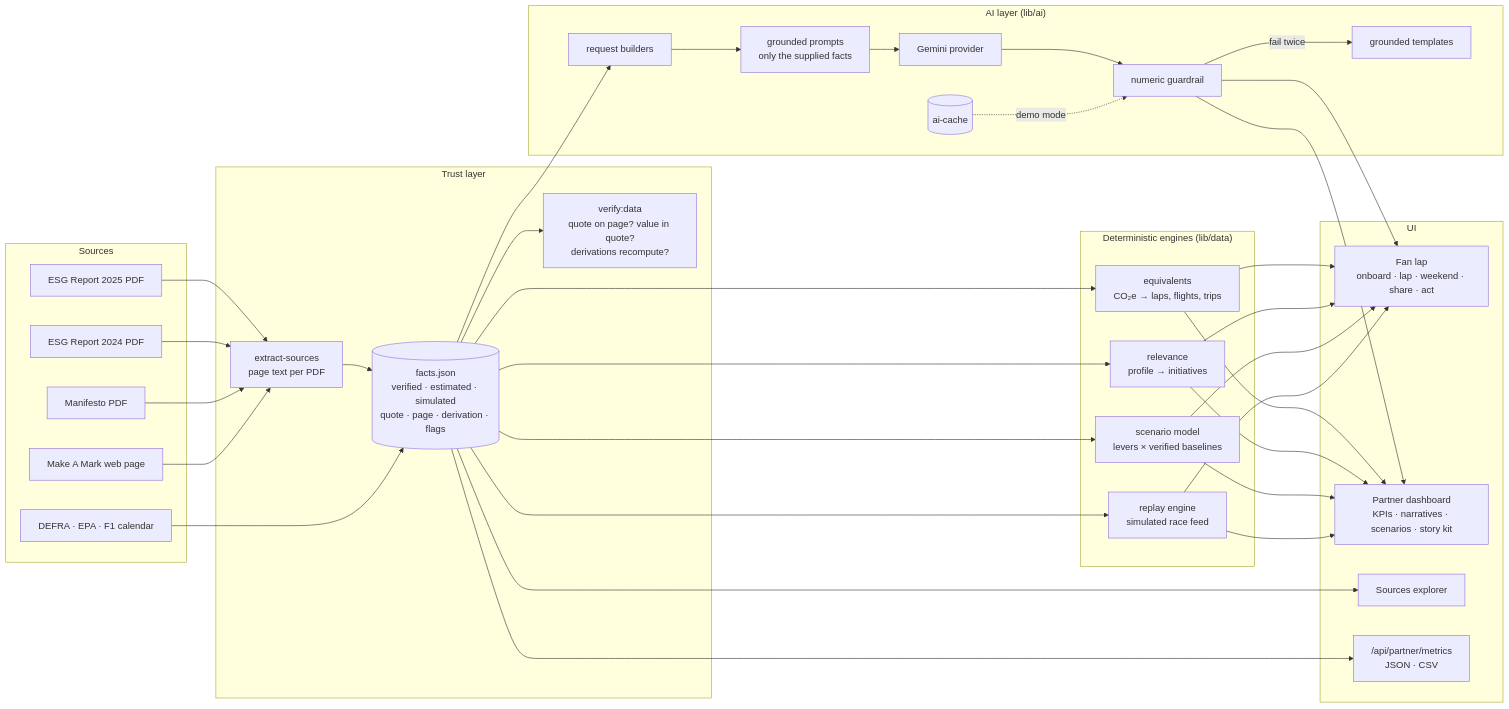
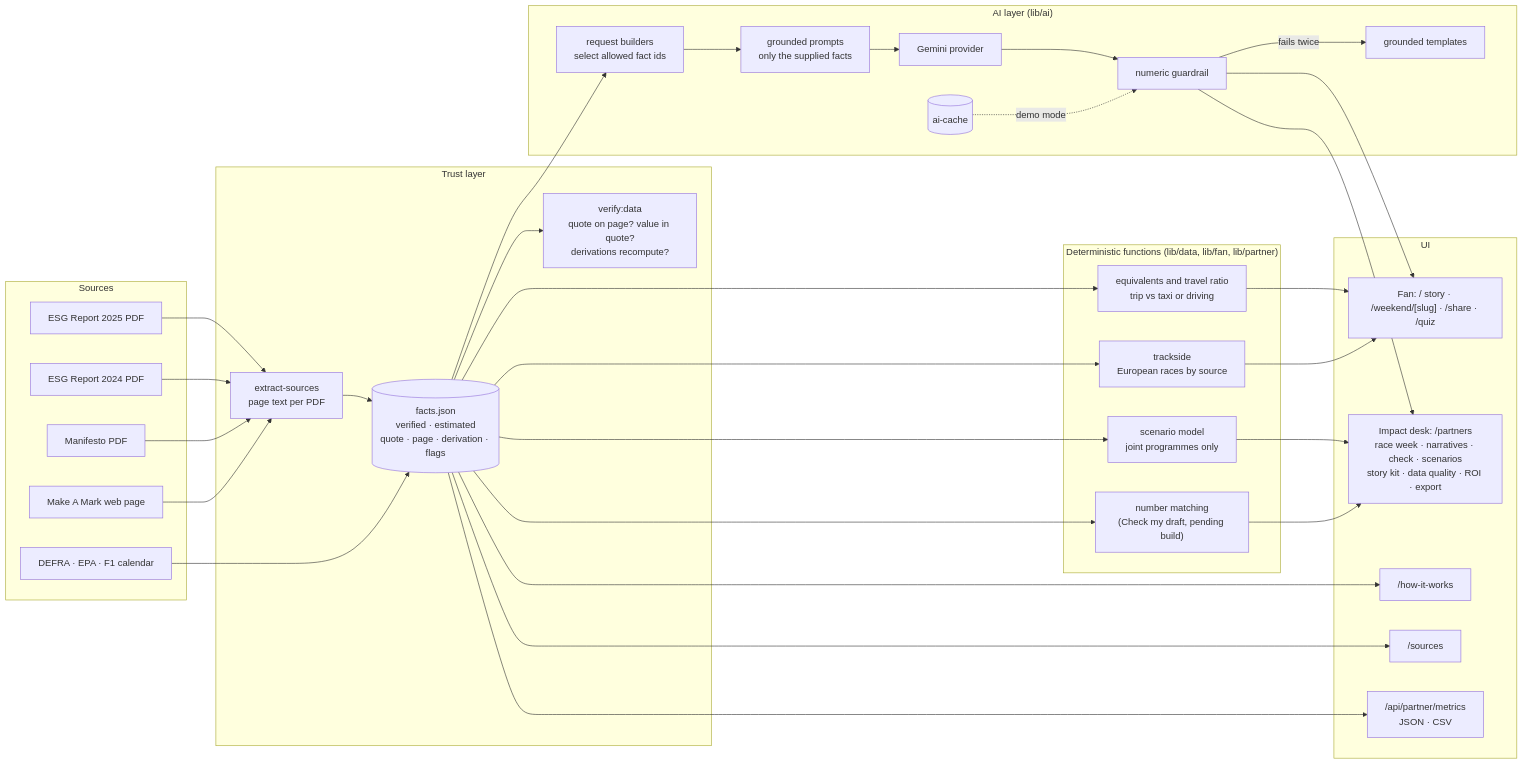
One commit to maahir-garg/cognizant-amf1 changed the first of 2 diagrams in docs/architecture.md. Above: the diagram before and after it, drawn with Mermaid. The commit also changed other lines of this file and 1 other file, not shown here.

First line of the commit message:
docs: update README and architecture for the new IA

````diff
--- a/docs/architecture.md
+++ b/docs/architecture.md
@@ -7,49 +19,51 @@
 ```mermaid
 flowchart LR
   subgraph Sources
     R25[ESG Report 2025 PDF]
     R24[ESG Report 2024 PDF]
     MAN[Manifesto PDF]
     WEB[Make A Mark web page]
     EXT[DEFRA · EPA · F1 calendar]
   end
 
   subgraph Trust["Trust layer"]
     EXTRACT[extract-sources<br/>page text per PDF]
-    FACTS[("facts.json<br/>verified · estimated · simulated<br/>quote · page · derivation · flags")]
+    FACTS[("facts.json<br/>verified · estimated<br/>quote · page · derivation · flags")]
     VERIFY["verify:data<br/>quote on page? value in quote?<br/>derivations recompute?"]
   end
 
-  subgraph Engines["Deterministic engines (lib/data)"]
-    EQ[equivalents<br/>CO₂e → laps, flights, trips]
-    REL[relevance<br/>profile → initiatives]
-    SCN[scenario model<br/>levers × verified baselines]
-    LIVE[replay engine<br/>simulated race feed]
+  subgraph Engines["Deterministic functions (lib/data, lib/fan, lib/partner)"]
+    EQ[equivalents and travel ratio<br/>trip vs taxi or driving]
+    TRK[trackside<br/>European races by source]
+    SCN[scenario model<br/>joint programmes only]
+    MATCH["number matching<br/>(Check my draft, pending build)"]
   end
 
   subgraph AI["AI layer (lib/ai)"]
-    REQ[request builders]
+    SEL[request builders<br/>select allowed fact ids]
     PROMPT[grounded prompts<br/>only the supplied facts]
     MODEL[Gemini provider]
     GUARD[numeric guardrail]
     TPL[grounded templates]
     CACHE[(ai-cache)]
   end
 
   subgraph UI
-    FAN[Fan lap<br/>onboard · lap · weekend · share · act]
-    PARTNER[Partner dashboard<br/>KPIs · narratives · scenarios · story kit]
-    SRC[Sources explorer]
+    FAN["Fan: / story · /weekend/[slug] · /share · /quiz"]
+    DESK["Impact desk: /partners<br/>race week · narratives · check · scenarios<br/>story kit · data quality · ROI · export"]
+    HOW["/how-it-works"]
+    SRC["/sources"]
     API["/api/partner/metrics<br/>JSON · CSV"]
   end
 
   R25 & R24 & MAN & WEB --> EXTRACT --> FACTS
   EXT --> FACTS
   FACTS --> VERIFY
-  FACTS --> EQ & REL & SCN & LIVE
-  FACTS --> REQ --> PROMPT --> MODEL --> GUARD
-  GUARD -- fail twice --> TPL
+  FACTS --> EQ & TRK & SCN & MATCH
+  FACTS --> SEL --> PROMPT --> MODEL --> GUARD
+  GUARD -- fails twice --> TPL
   CACHE -. demo mode .-> GUARD
-  EQ & REL & SCN & LIVE & GUARD --> FAN & PARTNER
-  FACTS --> SRC & API
+  EQ & TRK & GUARD --> FAN
+  SCN & MATCH & GUARD --> DESK
+  FACTS --> SRC & API & HOW
 ```
````
